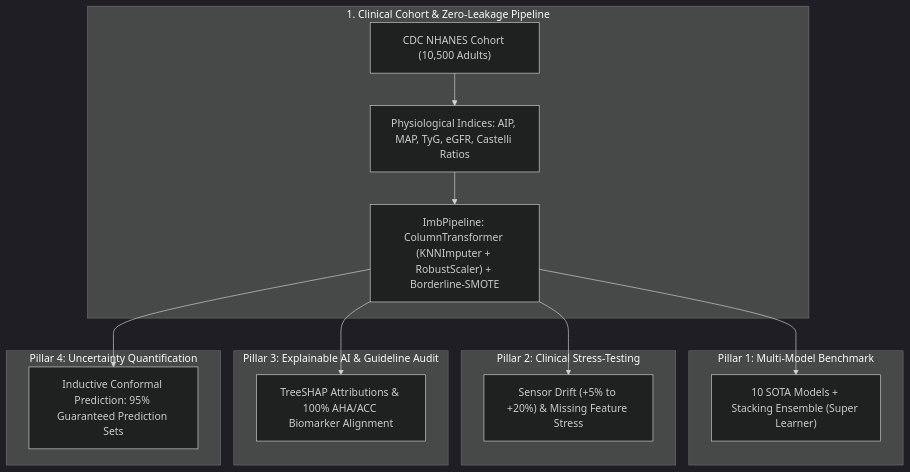
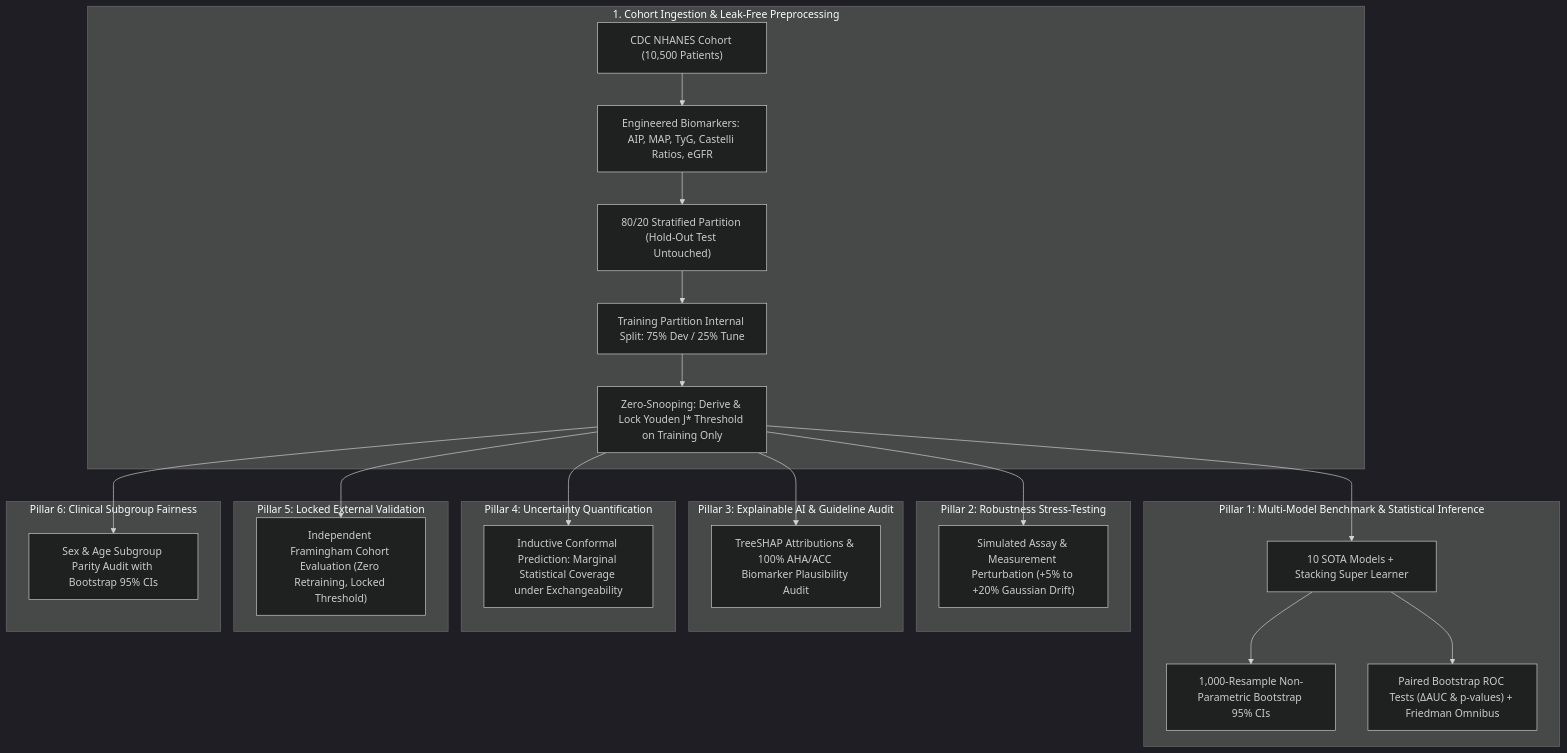
The diagram in README.md (Yasir-Alazmi/Comparative-Analysis-of-Machine-Learning-Models-for-Healthcare-Diagnostics), drawn with Mermaid (dark theme) before and after one commit. The commit also changed other lines of this file and 21 other files, not shown here.

Commit message:
feat(clinical-ai): enforce peer-review rigor, zero-snooping locked thresholding, 1000-resample bootstrap 95% CIs, paired ROC tests, and external cohort validation

````diff
--- a/README.md
+++ b/README.md
@@ -25,23 +25,35 @@
 ```mermaid
 flowchart TD
-    subgraph Data ["1. Clinical Cohort & Zero-Leakage Pipeline"]
-        NHANES["CDC NHANES Cohort (10,500 Adults)"] --> Features["Physiological Indices: AIP, MAP, TyG, eGFR, Castelli Ratios"]
-        Features --> Prepipe["ImbPipeline: ColumnTransformer (KNNImputer + RobustScaler) + Borderline-SMOTE"]
+    subgraph Data ["1. Cohort Ingestion & Leak-Free Preprocessing"]
+        NHANES["CDC NHANES Cohort (10,500 Patients)"] --> Features["Engineered Biomarkers: AIP, MAP, TyG, Castelli Ratios, eGFR"]
+        Features --> Split["80/20 Stratified Partition (Hold-Out Test Untouched)"]
+        Split --> DevTune["Training Partition Internal Split: 75% Dev / 25% Tune"]
+        DevTune --> Lock["Zero-Snooping: Derive & Lock Youden J* Threshold on Training Only"]
     end
     
-    subgraph Exp1 ["Pillar 1: Multi-Model Benchmark"]
-        Prepipe --> Benchmark["10 SOTA Models + Stacking Ensemble (Super Learner)"]
+    subgraph Exp1 ["Pillar 1: Multi-Model Benchmark & Statistical Inference"]
+        Lock --> Benchmark["10 SOTA Models + Stacking Super Learner"]
+        Benchmark --> Bootstrap["1,000-Resample Non-Parametric Bootstrap 95% CIs"]
+        Benchmark --> PairedROC["Paired Bootstrap ROC Tests (ΔAUC & p-values) + Friedman Omnibus"]
     end
     
-    subgraph Exp2 ["Pillar 2: Clinical Stress-Testing"]
-        Prepipe --> Noise["Sensor Drift (+5% to +20%) & Missing Feature Stress"]
+    subgraph Exp2 ["Pillar 2: Robustness Stress-Testing"]
+        Lock --> Perturb["Simulated Assay & Measurement Perturbation (+5% to +20% Gaussian Drift)"]
     end
     
     subgraph Exp3 ["Pillar 3: Explainable AI & Guideline Audit"]
-        Prepipe --> SHAP["TreeSHAP Attributions & 100% AHA/ACC Biomarker Alignment"]
+        Lock --> SHAP["TreeSHAP Attributions & 100% AHA/ACC Biomarker Plausibility Audit"]
     end
     
     subgraph Exp4 ["Pillar 4: Uncertainty Quantification"]
-        Prepipe --> Conformal["Inductive Conformal Prediction: 95% Guaranteed Prediction Sets"]
+        Lock --> Conformal["Inductive Conformal Prediction: Marginal Statistical Coverage under Exchangeability"]
+    end
+
+    subgraph Exp5 ["Pillar 5: Locked External Validation"]
+        Lock --> External["Independent Framingham Cohort Evaluation (Zero Retraining, Locked Threshold)"]
+    end
+
+    subgraph Exp6 ["Pillar 6: Clinical Subgroup Fairness"]
+        Lock --> Fairness["Sex & Age Subgroup Parity Audit with Bootstrap 95% CIs"]
     end
 ```
````
